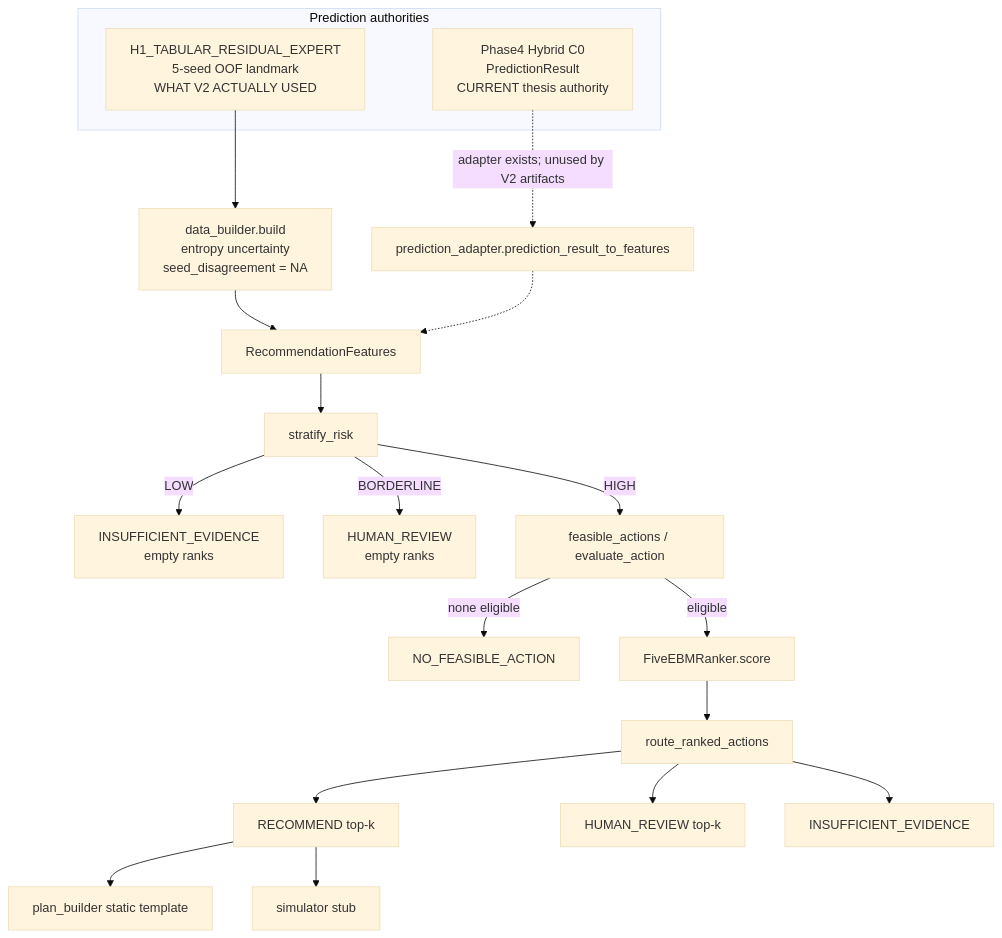
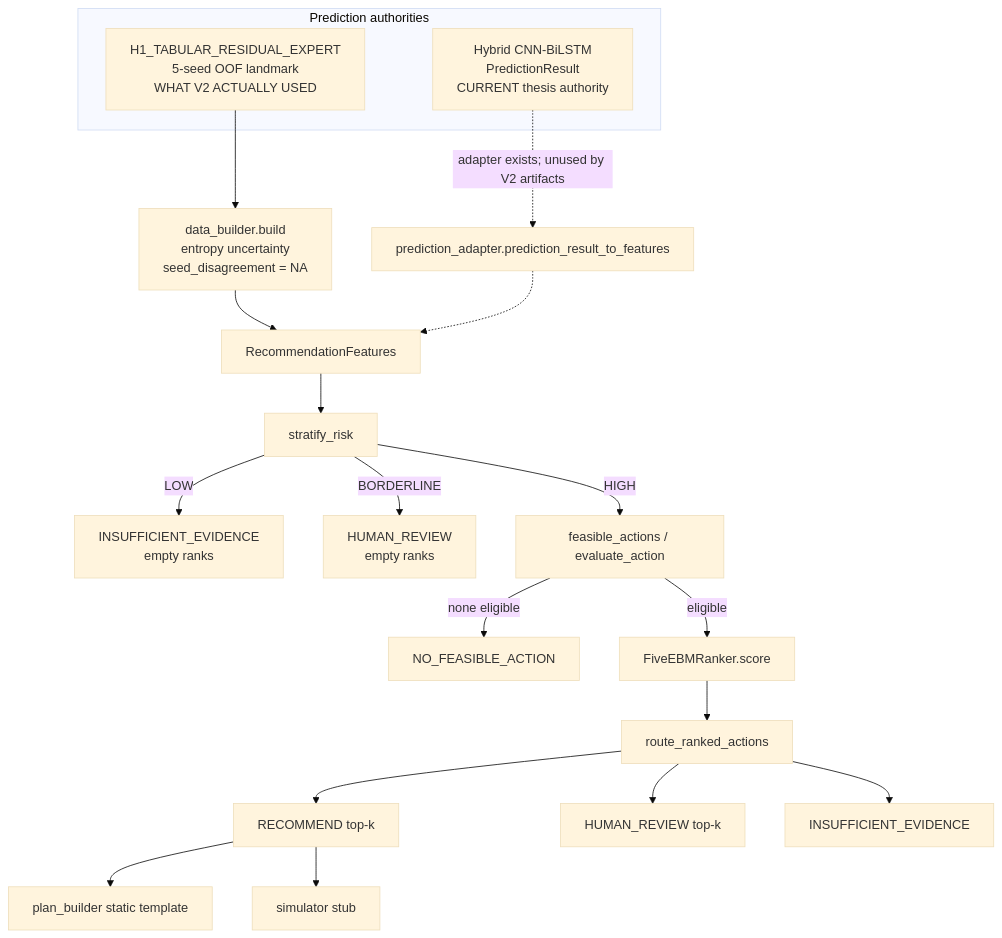
Before and after one commit to Phucht59/prediction_student: the diagram in reports/recommend_hybrid/v3_context/ARCHITECTURE_AND_CALL_GRAPH.md, drawn with Mermaid (base theme). The commit also changed 27 other files, not shown here.

First line of the commit message:
use Hybrid CNN-BiLSTM and Recommendation V as public names

````diff
--- a/reports/recommend_hybrid/v3_context/ARCHITECTURE_AND_CALL_GRAPH.md
+++ b/reports/recommend_hybrid/v3_context/ARCHITECTURE_AND_CALL_GRAPH.md
@@ -7,23 +7,23 @@
 ```mermaid
 flowchart TD
   subgraph predAuth [Prediction authorities]
-    C0["Phase4 Hybrid C0\nPredictionResult\nCURRENT thesis authority"]
+    C0["Hybrid CNN-BiLSTM\nPredictionResult\nCURRENT thesis authority"]
     H1["H1_TABULAR_RESIDUAL_EXPERT\n5-seed OOF landmark\nWHAT V2 ACTUALLY USED"]
   end
   C0 -. "adapter exists; unused by V2 artifacts" .-> Adapter
   H1 --> Builder["data_builder.build\nentropy uncertainty\nseed_disagreement = NA"]
   Builder --> Features["RecommendationFeatures"]
   Adapter["prediction_adapter.prediction_result_to_features"] -.-> Features
   Features --> Risk["stratify_risk"]
   Risk -->|LOW| IE["INSUFFICIENT_EVIDENCE\nempty ranks"]
   Risk -->|BORDERLINE| HR0["HUMAN_REVIEW\nempty ranks"]
   Risk -->|HIGH| Feas["feasible_actions / evaluate_action"]
   Feas -->|none eligible| NF["NO_FEASIBLE_ACTION"]
   Feas -->|eligible| EBM["FiveEBMRanker.score"]
   EBM --> Router["route_ranked_actions"]
   Router --> Rec["RECOMMEND top-k"]
   Router --> HR1["HUMAN_REVIEW top-k"]
   Router --> IE2["INSUFFICIENT_EVIDENCE"]
   Rec --> Plan["plan_builder static template"]
   Rec --> Sim["simulator stub"]
 ```
````
